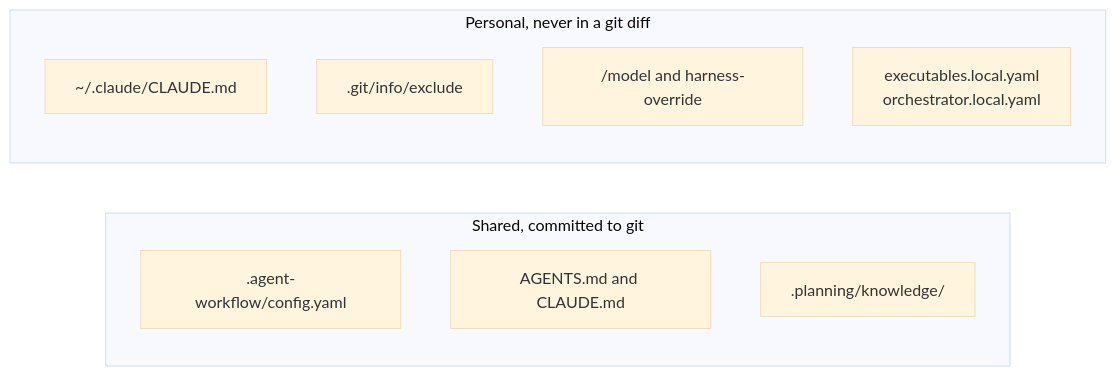
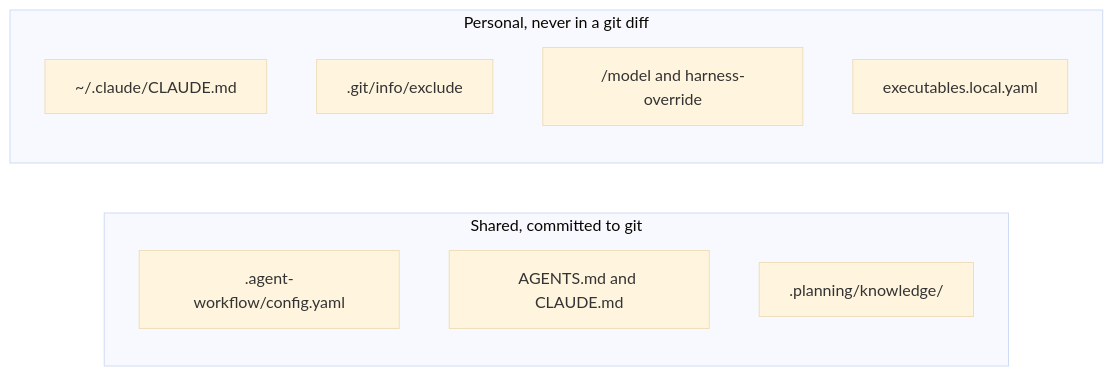
The diagram in docs/guides/claude-workflow.md (giangdhwhtbr/gin-workflow), drawn with Mermaid (base theme) before and after one commit. The commit also changed other lines of this file and 31 other files, not shown here.

````diff
--- a/docs/guides/claude-workflow.md
+++ b/docs/guides/claude-workflow.md
@@ -9,14 +9,14 @@
 ```mermaid
 flowchart LR
   subgraph shared["Shared, committed to git"]
     A[".agent-workflow/config.yaml"]
     B["AGENTS.md and CLAUDE.md"]
     C[".planning/knowledge/"]
   end
   subgraph personal["Personal, never in a git diff"]
     D["~/.claude/CLAUDE.md"]
     E[".git/info/exclude"]
     F["/model and harness-override"]
-    G["executables.local.yaml<br/>orchestrator.local.yaml"]
+    G["executables.local.yaml"]
   end
 ```
````
